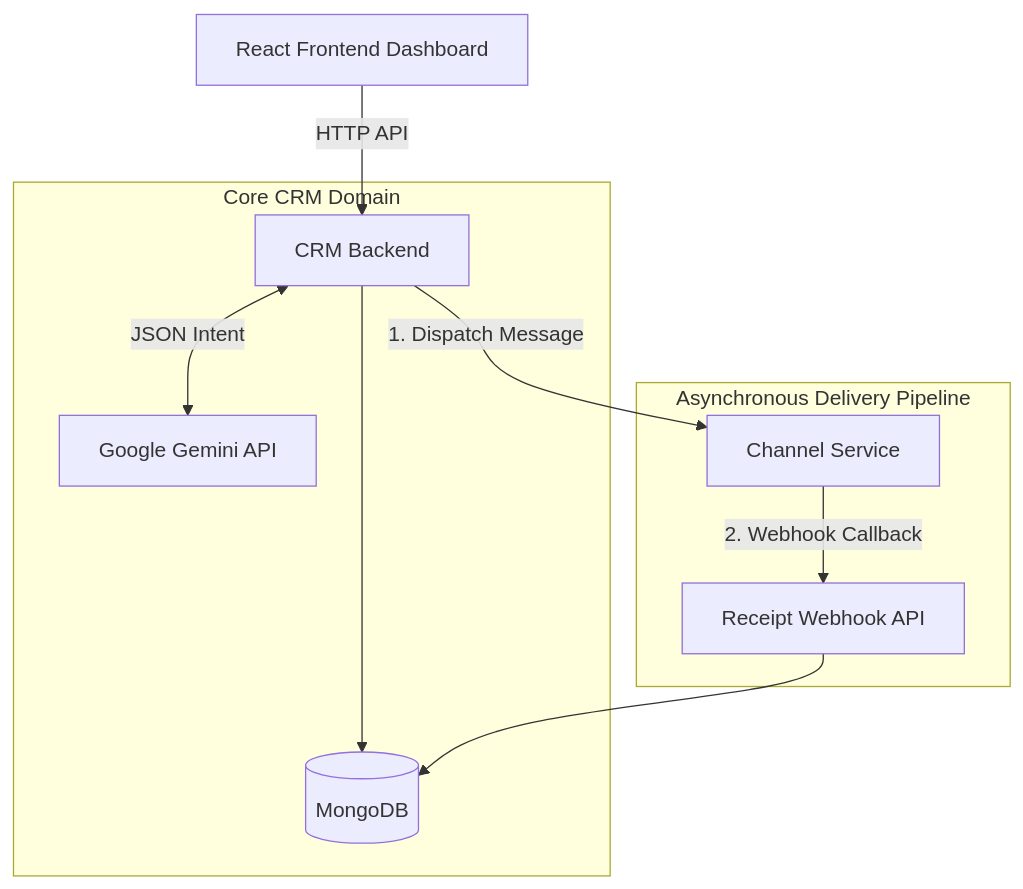
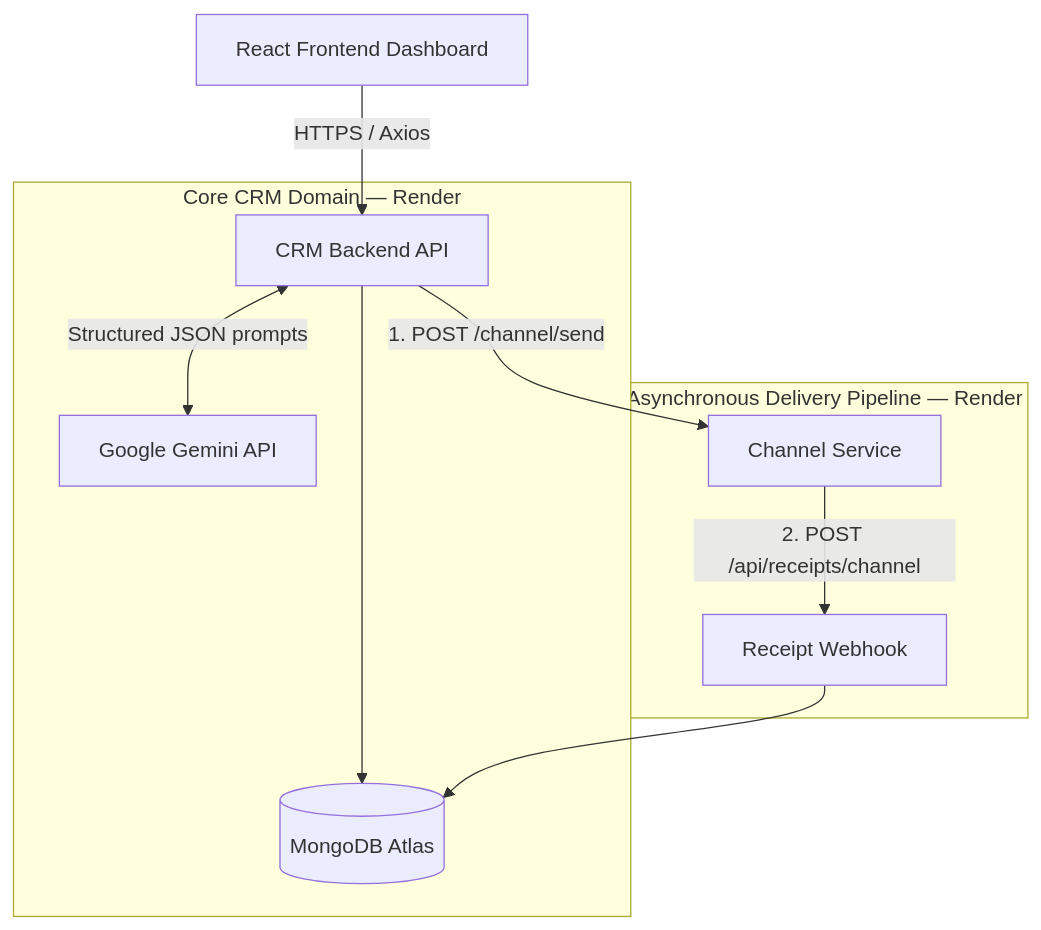
One commit to ompandeyco/xeno-ai-crm changed the diagram in README.md. Above: the diagram before and after it, drawn with Mermaid. The commit also changed other lines of this file and 1 other file, not shown here.

````diff
--- a/README.md
+++ b/README.md
@@ -17,15 +115,15 @@
 ```mermaid
 graph TD
-    UI[React Frontend Dashboard] -->|HTTP API| API[CRM Backend]
-    
-    subgraph Core CRM Domain
-        API --> DB[(MongoDB)]
-        API <-->|JSON Intent| AI[Google Gemini API]
+    UI[React Frontend Dashboard] -->|HTTPS / Axios| API[CRM Backend API]
+
+    subgraph "Core CRM Domain — Render"
+        API --> DB[(MongoDB Atlas)]
+        API <-->|Structured JSON prompts| AI[Google Gemini API]
     end
-    
-    subgraph Asynchronous Delivery Pipeline
-        API -->|1. Dispatch Message| CS[Channel Service]
-        CS -->|2. Webhook Callback| WH[Receipt Webhook API]
+
+    subgraph "Asynchronous Delivery Pipeline — Render"
+        API -->|1. POST /channel/send| CS[Channel Service]
+        CS -->|2. POST /api/receipts/channel| WH[Receipt Webhook]
         WH --> DB
     end
 ```
````
